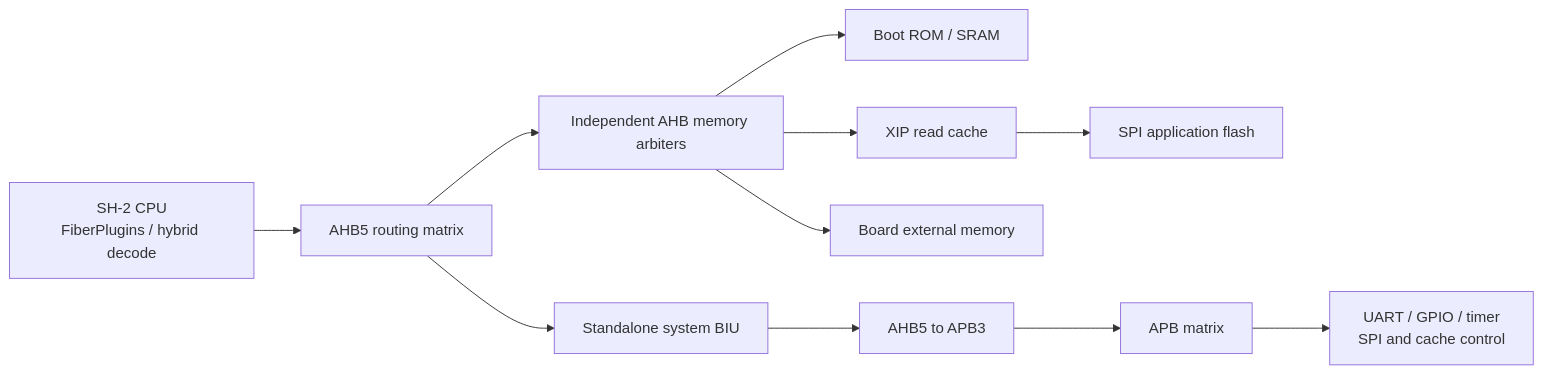
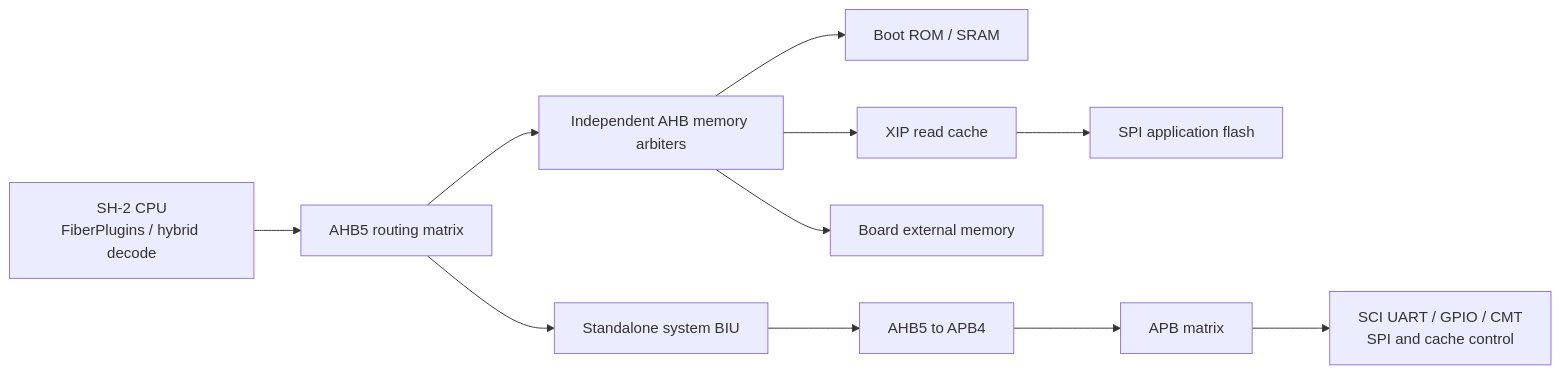
One commit to PreviousVOD/VexJ2 changed the diagram in README.md. Above: the diagram before and after it, drawn with Mermaid. The commit also changed other lines of this file and 39 other files, not shown here.

First line of the commit message:
Replace timer and UART with SH-2 CMT and SCI peripherals

````diff
--- a/README.md
+++ b/README.md
@@ -36,13 +36,13 @@
 ```mermaid
 flowchart LR
   CPU["SH-2 CPU<br/>FiberPlugins / hybrid decode"] --> BUS["AHB5 routing matrix"]
   BUS --> ARB["Independent AHB memory arbiters"]
   ARB --> MEM["Boot ROM / SRAM"]
   ARB --> CACHE["XIP read cache"]
   CACHE --> SPI["SPI application flash"]
   ARB --> EXT["Board external memory"]
   BUS --> BIU["Standalone system BIU"]
-  BIU --> BRIDGE["AHB5 to APB3"]
+  BIU --> BRIDGE["AHB5 to APB4"]
   BRIDGE --> APB["APB matrix"]
-  APB --> IO["UART / GPIO / timer<br/>SPI and cache control"]
+  APB --> IO["SCI UART / GPIO / CMT<br/>SPI and cache control"]
 ```
````
